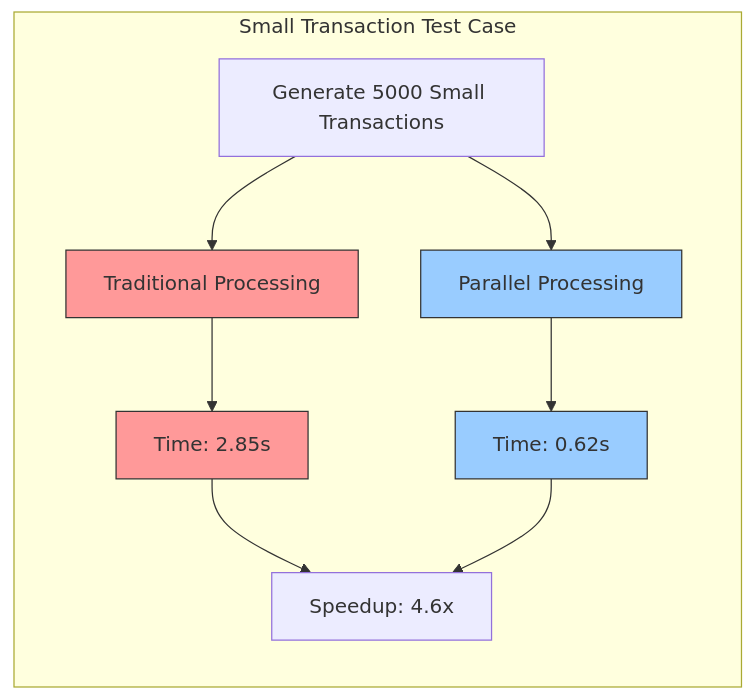
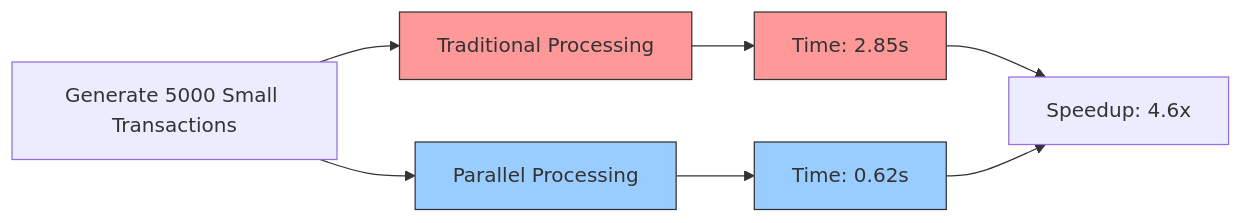
One commit to Final-Project-13520137/avalanche-parallel changed the fifth of 10 diagrams in README.md. Above: the diagram before and after it, drawn with Mermaid. The commit also changed other lines of this file, not shown here.

Commit message:
fix readme graph diagram testing again

````diff
--- a/README.md
+++ b/README.md
@@ -559,19 +559,16 @@
 ```mermaid
 flowchart LR
-    subgraph SmallTX[Small Transaction Test Case]
-        direction TB
-        STX_Gen[Generate 5000 Small Transactions] --> STX_T[Traditional Processing]
-        STX_Gen --> STX_P[Parallel Processing]
-        
-        STX_T --> STX_TR[Time: 2.85s]
-        STX_P --> STX_PR[Time: 0.62s]
-        
-        STX_TR & STX_PR --> STX_Comp[Speedup: 4.6x]
-    end
+    STX_Gen[Generate 5000 Small Transactions] --> STX_T[Traditional Processing]
+    STX_Gen --> STX_P[Parallel Processing]
+    
+    STX_T --> STX_TR[Time: 2.85s]
+    STX_P --> STX_PR[Time: 0.62s]
+    
+    STX_TR & STX_PR --> STX_Comp[Speedup: 4.6x]
     
     classDef traditional fill:#FF9999,stroke:#333,stroke-width:1px
     classDef parallel fill:#99CCFF,stroke:#333,stroke-width:1px
     
     class STX_T,STX_TR traditional
     class STX_P,STX_PR parallel
 ```
````
